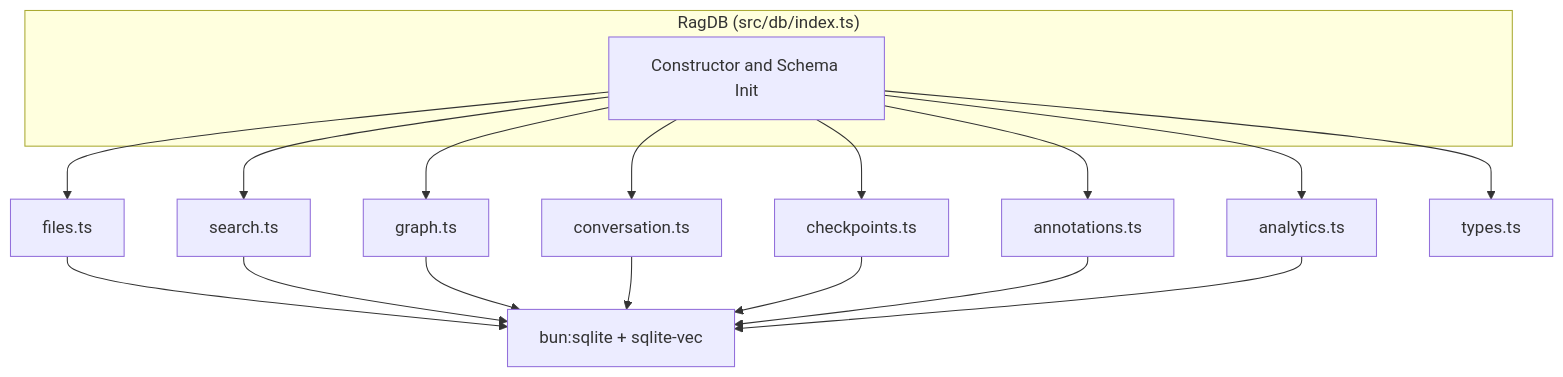
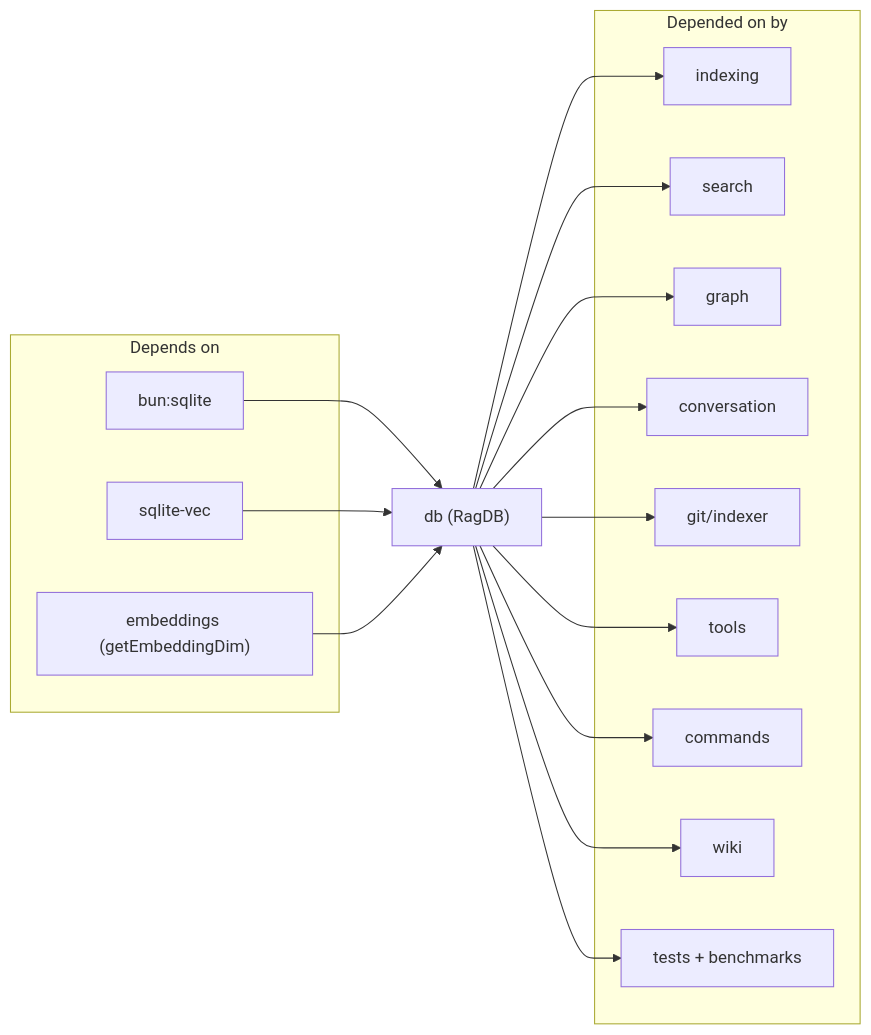
Before and after one commit to TheWinci/mimirs: the second of 2 diagrams in wiki/modules/db/index.md, drawn with Mermaid. The commit also changed other lines of this file and 87 other files, not shown here.

````diff
--- a/wiki/modules/db/index.md
+++ b/wiki/modules/db/index.md
@@ -10,23 +72,33 @@
 ```mermaid
-flowchart TD
-  subgraph RagDBClass["RagDB (src/db/index.ts)"]
-    init_fn["Constructor and Schema Init"]
+flowchart LR
+  subgraph Upstream["Depends on"]
+    bunsqlite["bun:sqlite"]
+    vec0["sqlite-vec"]
+    embed["embeddings (getEmbeddingDim)"]
+  end
+  self["db (RagDB)"]
+  subgraph Downstream["Depended on by"]
+    indexer["indexing"]
+    search["search"]
+    graphmod["graph"]
+    conv["conversation"]
+    git["git/indexer"]
+    tools["tools"]
+    cmds["commands"]
+    wiki["wiki"]
+    tests["tests + benchmarks"]
   end
 
-  init_fn --> fileOps["files.ts"]
-  init_fn --> searchOps["search.ts"]
-  init_fn --> graphOps["graph.ts"]
-  init_fn --> convOps["conversation.ts"]
-  init_fn --> cpOps["checkpoints.ts"]
-  init_fn --> annOps["annotations.ts"]
-  init_fn --> anlOps["analytics.ts"]
-  init_fn --> types_file["types.ts"]
-
-  fileOps --> sqlite["bun:sqlite + sqlite-vec"]
-  searchOps --> sqlite
-  graphOps --> sqlite
-  convOps --> sqlite
-  cpOps --> sqlite
-  annOps --> sqlite
-  anlOps --> sqlite
+  bunsqlite --> self
+  vec0 --> self
+  embed --> self
+  self --> indexer
+  self --> search
+  self --> graphmod
+  self --> conv
+  self --> git
+  self --> tools
+  self --> cmds
+  self --> wiki
+  self --> tests
 ```
````
